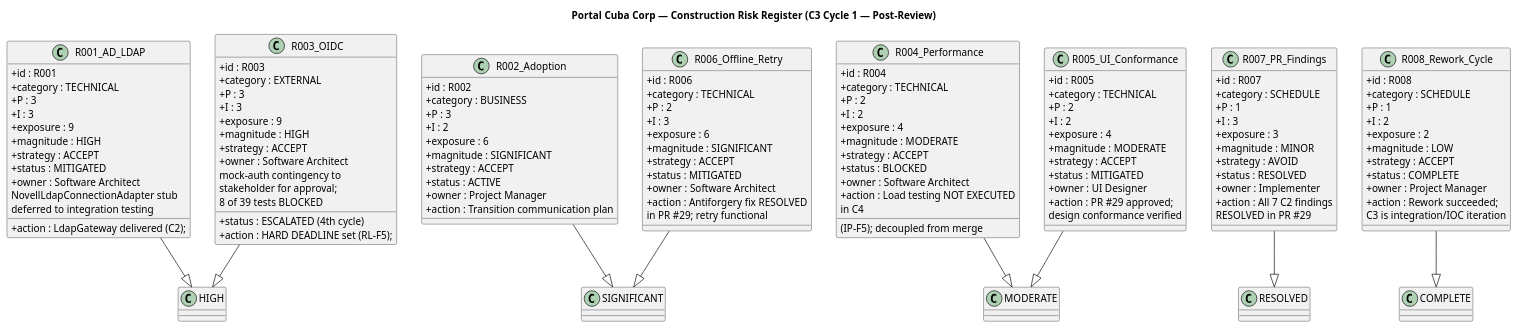
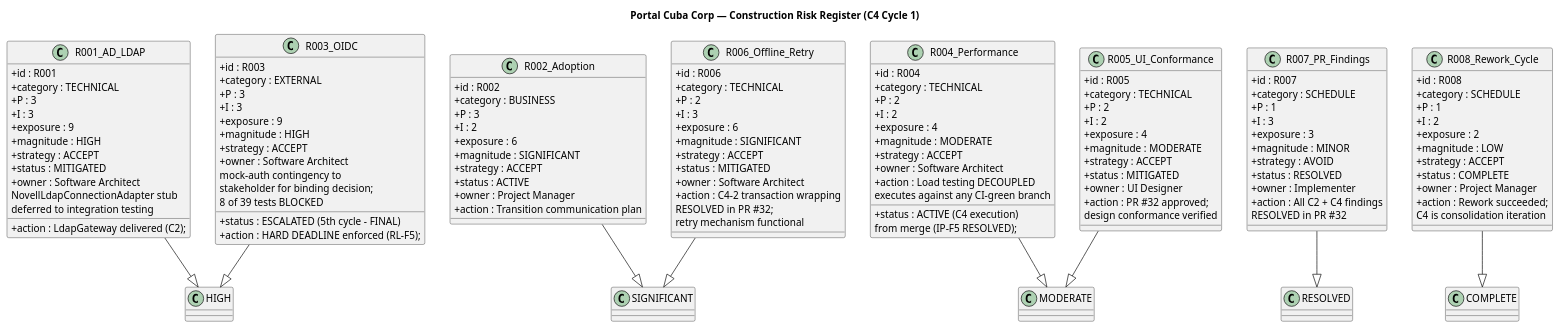
The diagram in docs/artifacts/project-management/risk-list.md (banense-test/portal-cuba-corp), drawn with PlantUML before and after one commit. The commit also changed other lines of this file, not shown here.

First line of the commit message:
Project Manager [C4]: upsert Risk List

````diff
--- a/docs/artifacts/project-management/risk-list.md
+++ b/docs/artifacts/project-management/risk-list.md
@@ -29,6 +29,6 @@
 ```plantuml
 @startuml
-title Portal Cuba Corp — Construction Risk Register (C3 Cycle 1 — Post-Review)
+title Portal Cuba Corp — Construction Risk Register (C4 Cycle 1)
 
 skinparam classAttributeIconSize 0
 
@@ -68,11 +68,11 @@
   + exposure : 9
   + magnitude : HIGH
   + strategy : ACCEPT
-  + status : ESCALATED (4th cycle)
+  + status : ESCALATED (5th cycle - FINAL)
   + owner : Software Architect
-  + action : HARD DEADLINE set (RL-F5);
+  + action : HARD DEADLINE enforced (RL-F5);
     mock-auth contingency to
-    stakeholder for approval;
+    stakeholder for binding decision;
     8 of 39 tests BLOCKED
 }
 
@@ -84,11 +84,11 @@
   + exposure : 4
   + magnitude : MODERATE
   + strategy : ACCEPT
-  + status : BLOCKED
+  + status : ACTIVE (C4 execution)
   + owner : Software Architect
-  + action : Load testing NOT EXECUTED
-    (IP-F5); decoupled from merge
-    in C4
+  + action : Load testing DECOUPLED
+    from merge (IP-F5 RESOLVED);
+    executes against any CI-green branch
 }
 
 class R005_UI_Conformance {
@@ -101,7 +101,7 @@
   + strategy : ACCEPT
   + status : MITIGATED
   + owner : UI Designer
-  + action : PR #29 approved;
+  + action : PR #32 approved;
     design conformance verified
 }
 
@@ -115,8 +115,9 @@
   + strategy : ACCEPT
   + status : MITIGATED
   + owner : Software Architect
-  + action : Antiforgery fix RESOLVED
-    in PR #29; retry functional
+  + action : C4-2 transaction wrapping
+    RESOLVED in PR #32;
+    retry mechanism functional
 }
 
 class R007_PR_Findings {
@@ -129,8 +130,8 @@
   + strategy : AVOID
   + status : RESOLVED
   + owner : Implementer
-  + action : All 7 C2 findings
-    RESOLVED in PR #29
+  + action : All C2 + C4 findings
+    RESOLVED in PR #32
 }
 
 class R008_Rework_Cycle {
@@ -144,7 +145,7 @@
   + status : COMPLETE
   + owner : Project Manager
   + action : Rework succeeded;
-    C3 is integration/IOC iteration
+    C4 is consolidation iteration
 }
 
 R001_AD_LDAP --|> "HIGH"
````
